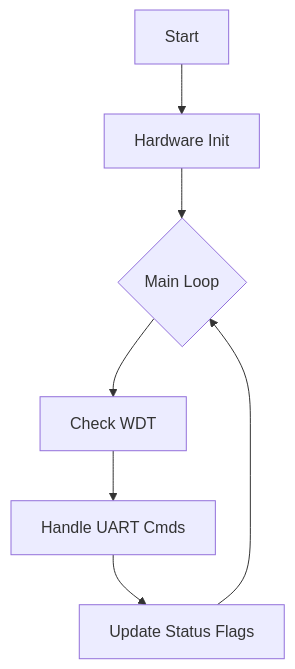
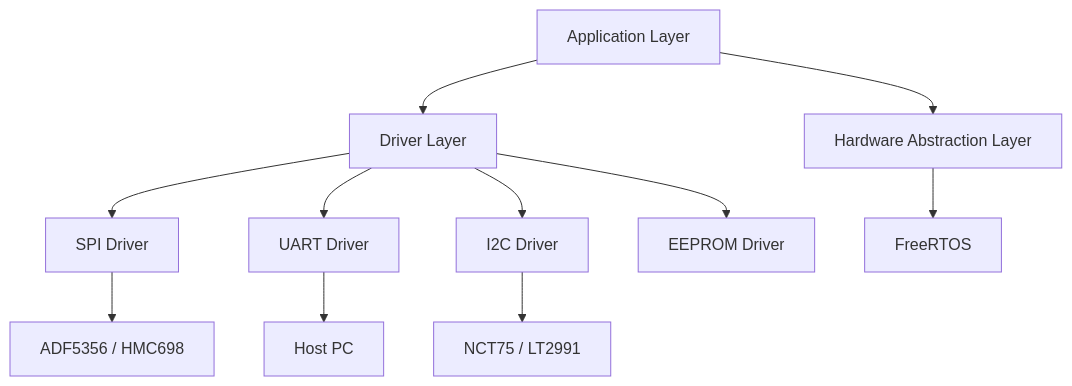
One commit to bala9066/AI_S2S_Code changed the fifth of 6 diagrams in SRS_receiver.md. Above: the diagram before and after it, drawn with Mermaid. The commit also changed other lines of this file and 31 other files, not shown here.

````diff
--- a/SRS_receiver.md
+++ b/SRS_receiver.md
@@ -800,9 +557,14 @@
 ```mermaid
 graph TD
-    START[Start] --> INIT[Hardware Init]
-    INIT --> LOOP{Main Loop}
-    LOOP --> CHECK_WDT[Check WDT]
-    CHECK_WDT --> UART_CMD[Handle UART Cmds]
-    UART_CMD --> UPDATE_STATUS[Update Status Flags]
-    UPDATE_STATUS --> LOOP
+    APP[Application Layer] --> DRV[Driver Layer]
+    APP --> HAL[Hardware Abstraction Layer]
+    DRV --> SPI[SPI Driver]
+    DRV --> UART[UART Driver]
+    DRV --> I2C[I2C Driver]
+    DRV --> NVM[EEPROM Driver]
+    HAL --> RTOS[FreeRTOS]
+    
+    SPI --> RFIC[ADF5356 / HMC698]
+    I2C --> SENS[NCT75 / LT2991]
+    UART --> HOST[Host PC]
 ```
````
